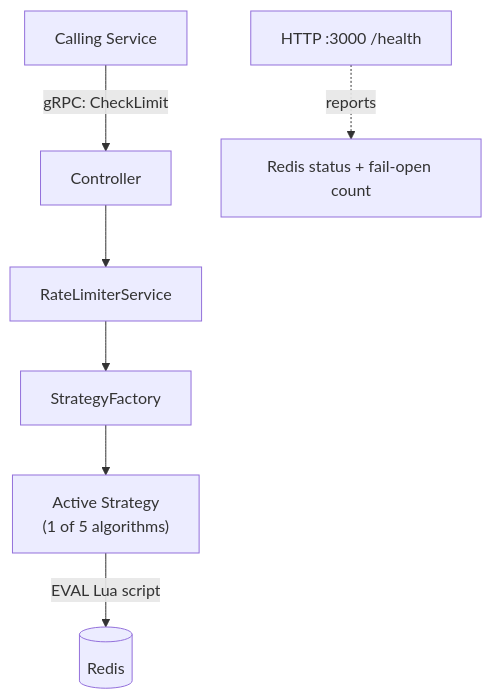
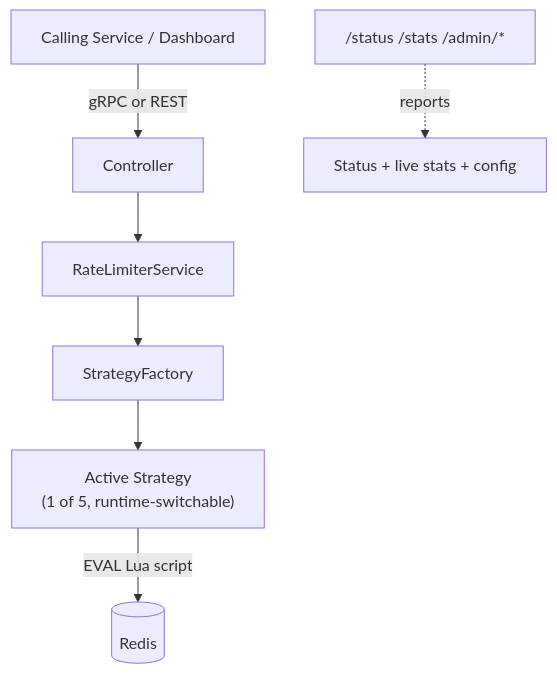
One commit to TusharSharmaIN/rate-limiter-x changed the diagram in README.md. Above: the diagram before and after it, drawn with Mermaid. The commit also changed other lines of this file, not shown here.

Commit message:
docs: update README to reflect REST support, runtime configuration, and improved observability features

````diff
--- a/README.md
+++ b/README.md
@@ -19,9 +26,9 @@
 ```mermaid
 flowchart TD
-    A[Calling Service] -->|gRPC: CheckLimit| B[Controller]
+    A[Calling Service / Dashboard] -->|gRPC or REST| B[Controller]
     B --> C[RateLimiterService]
     C --> D[StrategyFactory]
-    D --> E["Active Strategy<br/>(1 of 5 algorithms)"]
+    D --> E["Active Strategy<br/>(1 of 5, runtime-switchable)"]
     E -->|EVAL Lua script| F[(Redis)]
-    G["HTTP :3000 /health"] -.reports.-> H[Redis status + fail-open count]
+    G["/status /stats /admin/*"] -.reports.-> H[Status + live stats + config]
 ```
````
